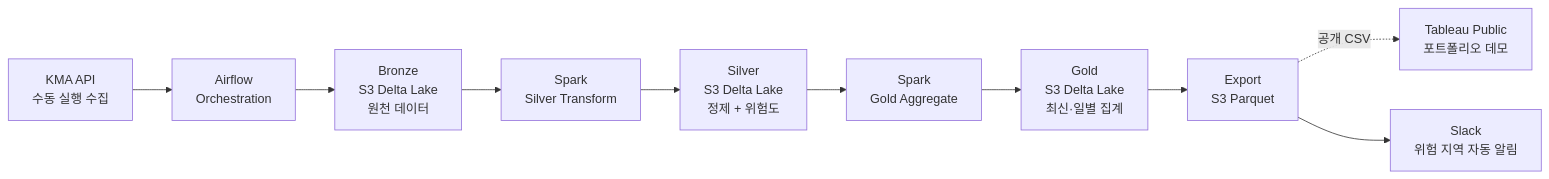
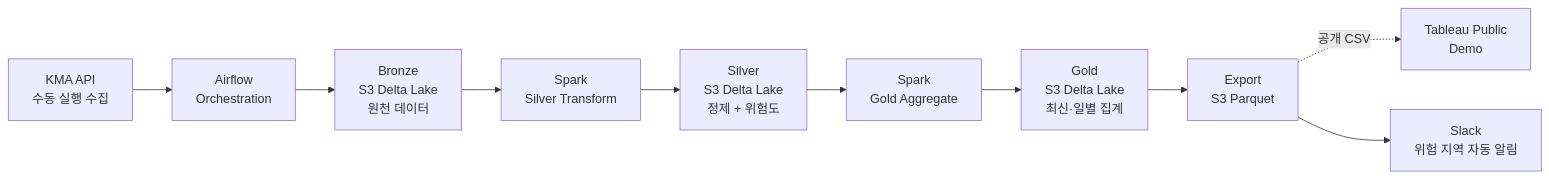
The diagram in README.md (HongJunseong/weather-risk-assessment), drawn with Mermaid before and after one commit. The commit also changed other lines of this file and 1 other file, not shown here.

Commit message:
docs(tableau): Demo 표현과 공개 화면만 유지

````diff
--- a/README.md
+++ b/README.md
@@ -76,12 +75,12 @@
 ```mermaid
 flowchart LR
   A["KMA API<br>수동 실행 수집"] --> B["Airflow<br>Orchestration"]
   B --> C["Bronze<br>S3 Delta Lake<br>원천 데이터"]
   C --> D["Spark<br>Silver Transform"]
   D --> E["Silver<br>S3 Delta Lake<br>정제 + 위험도"]
   E --> F["Spark<br>Gold Aggregate"]
   F --> G["Gold<br>S3 Delta Lake<br>최신·일별 집계"]
   G --> H["Export<br>S3 Parquet"]
-  H -.->|공개 CSV| V["Tableau Public<br>포트폴리오 데모"]
+  H -.->|공개 CSV| V["Tableau Public<br>Demo"]
   H --> S["Slack<br>위험 지역 자동 알림"]
 ```
````
